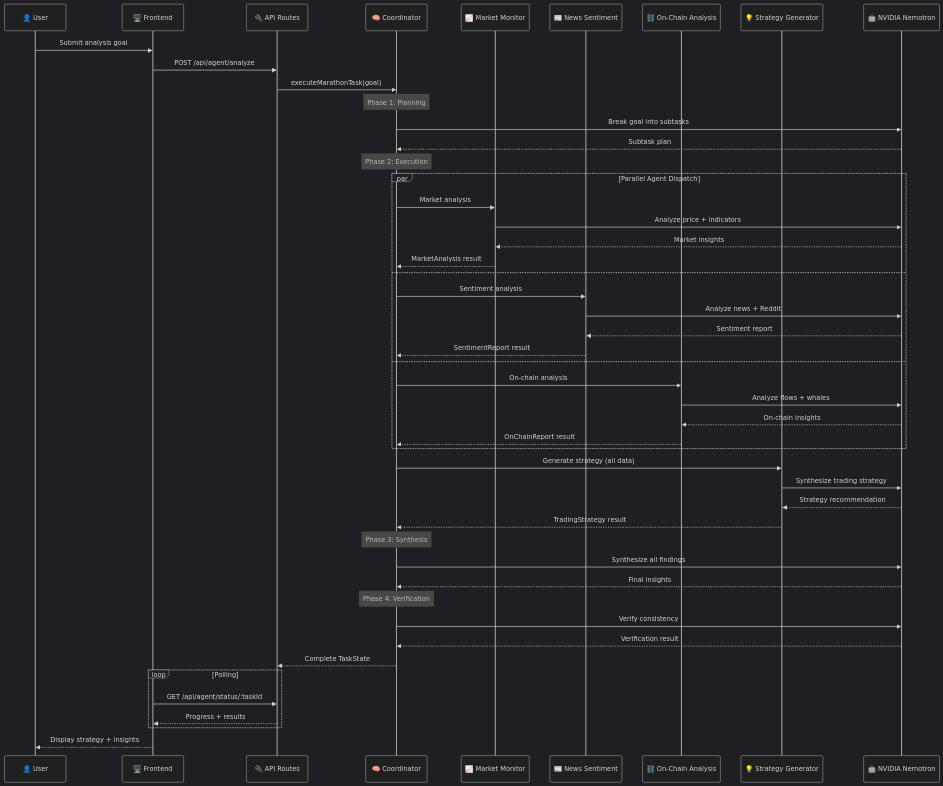
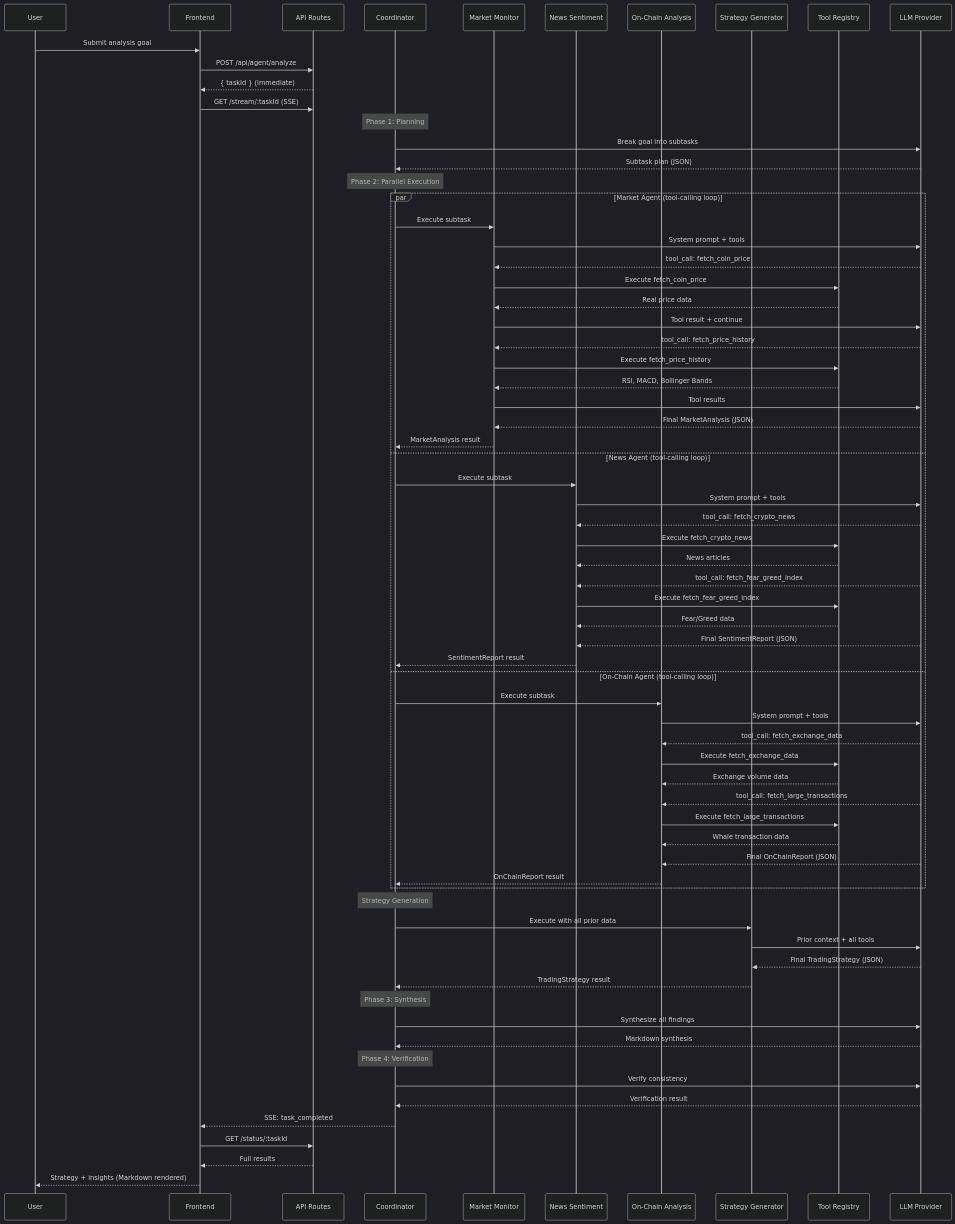
The second of 4 diagrams in README.md (HarshaVardhanMannem/CryptoNexus), drawn with Mermaid (dark theme) before and after one commit. The commit also changed other lines of this file, not shown here.

````diff
--- a/README.md
+++ b/README.md
@@ -97,60 +117,79 @@
 ```mermaid
 sequenceDiagram
-    participant U as 👤 User
-    participant FE as 🖥️ Frontend
-    participant API as 🔌 API Routes
-    participant CO as 🧠 Coordinator
-    participant MM as 📈 Market Monitor
-    participant NS as 📰 News Sentiment
-    participant OC as ⛓️ On-Chain Analysis
-    participant SG as 💡 Strategy Generator
-    participant AI as 🤖 NVIDIA Nemotron
+    participant U as User
+    participant FE as Frontend
+    participant API as API Routes
+    participant CO as Coordinator
+    participant MM as Market Monitor
+    participant NS as News Sentiment
+    participant OC as On-Chain Analysis
+    participant SG as Strategy Generator
+    participant Tools as Tool Registry
+    participant AI as LLM Provider
 
     U->>FE: Submit analysis goal
     FE->>API: POST /api/agent/analyze
-    API->>CO: executeMarathonTask(goal)
-    
+    API-->>FE: { taskId } (immediate)
+    FE->>API: GET /stream/:taskId (SSE)
+
     Note over CO: Phase 1: Planning
     CO->>AI: Break goal into subtasks
-    AI-->>CO: Subtask plan
+    AI-->>CO: Subtask plan (JSON)
 
-    Note over CO: Phase 2: Execution
-    par Parallel Agent Dispatch
-        CO->>MM: Market analysis
-        MM->>AI: Analyze price + indicators
-        AI-->>MM: Market insights
+    Note over CO: Phase 2: Parallel Execution
+    par Market Agent (tool-calling loop)
+        CO->>MM: Execute subtask
+        MM->>AI: System prompt + tools
+        AI-->>MM: tool_call: fetch_coin_price
+        MM->>Tools: Execute fetch_coin_price
+        Tools-->>MM: Real price data
+        MM->>AI: Tool result + continue
+        AI-->>MM: tool_call: fetch_price_history
+        MM->>Tools: Execute fetch_price_history
+        Tools-->>MM: RSI, MACD, Bollinger Bands
+        MM->>AI: Tool results
+        AI-->>MM: Final MarketAnalysis (JSON)
         MM-->>CO: MarketAnalysis result
-    and
-        CO->>NS: Sentiment analysis
-        NS->>AI: Analyze news + Reddit
-        AI-->>NS: Sentiment report
+    and News Agent (tool-calling loop)
+        CO->>NS: Execute subtask
+        NS->>AI: System prompt + tools
+        AI-->>NS: tool_call: fetch_crypto_news
+        NS->>Tools: Execute fetch_crypto_news
+        Tools-->>NS: News articles
+        AI-->>NS: tool_call: fetch_fear_greed_index
+        NS->>Tools: Execute fetch_fear_greed_index
+        Tools-->>NS: Fear/Greed data
+        AI-->>NS: Final SentimentReport (JSON)
         NS-->>CO: SentimentReport result
-    and
-        CO->>OC: On-chain analysis
-        OC->>AI: Analyze flows + whales
-        AI-->>OC: On-chain insights
+    and On-Chain Agent (tool-calling loop)
+        CO->>OC: Execute subtask
+        OC->>AI: System prompt + tools
+        AI-->>OC: tool_call: fetch_exchange_data
+        OC->>Tools: Execute fetch_exchange_data
+        Tools-->>OC: Exchange volume data
+        AI-->>OC: tool_call: fetch_large_transactions
+        OC->>Tools: Execute fetch_large_transactions
+        Tools-->>OC: Whale transaction data
+        AI-->>OC: Final OnChainReport (JSON)
         OC-->>CO: OnChainReport result
     end
 
-    CO->>SG: Generate strategy (all data)
-    SG->>AI: Synthesize trading strategy
-    AI-->>SG: Strategy recommendation
+    Note over CO: Strategy Generation
+    CO->>SG: Execute with all prior data
+    SG->>AI: Prior context + all tools
+    AI-->>SG: Final TradingStrategy (JSON)
     SG-->>CO: TradingStrategy result
 
     Note over CO: Phase 3: Synthesis
     CO->>AI: Synthesize all findings
-    AI-->>CO: Final insights
+    AI-->>CO: Markdown synthesis
 
     Note over CO: Phase 4: Verification
     CO->>AI: Verify consistency
     AI-->>CO: Verification result
 
-    CO-->>API: Complete TaskState
-    
-    loop Polling
-        FE->>API: GET /api/agent/status/:taskId
-        API-->>FE: Progress + results
-    end
-    
-    FE-->>U: Display strategy + insights
+    CO-->>FE: SSE: task_completed
+    FE->>API: GET /status/:taskId
+    API-->>FE: Full results
+    FE-->>U: Strategy + insights (Markdown rendered)
 ```
````
